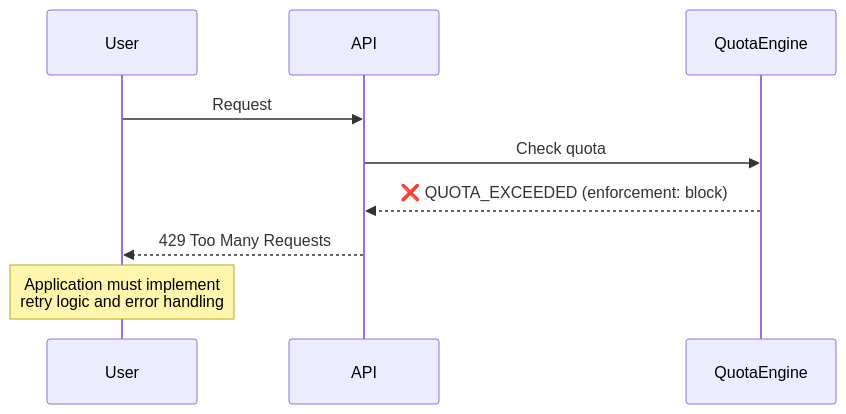
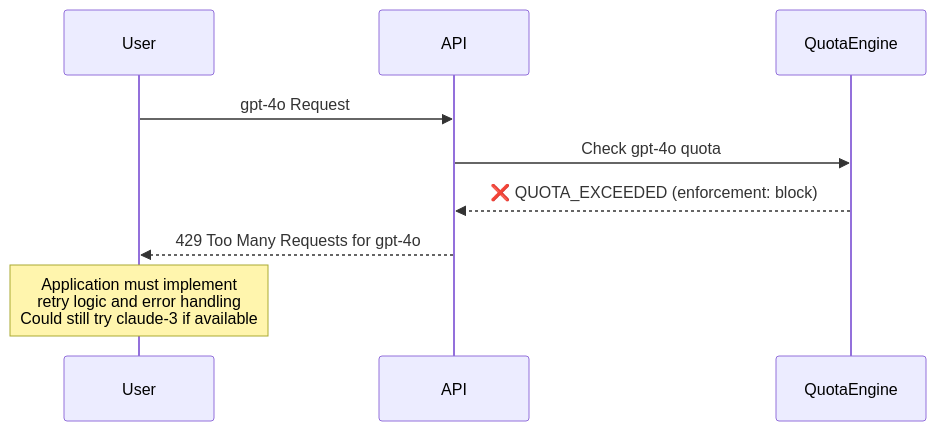
The fourth of 5 diagrams in docs/proposals/maas-entity-architecture.md (noyitz/maas-billing), drawn with Mermaid before and after one commit. The commit also changed other lines of this file, not shown here.

First line of the commit message:
refactor: update MaaS Entity Architecture to a token-based hierarchical model

````diff
--- a/docs/proposals/maas-entity-architecture.md
+++ b/docs/proposals/maas-entity-architecture.md
@@ -669,13 +680,13 @@
 ```mermaid
 sequenceDiagram
     participant User
     participant API
     participant QuotaEngine
     
-    User->>API: Request #11 (limit: 10/min)
-    API->>QuotaEngine: Check quota
+    User->>API: gpt-4o Request #11 (limit: 10 req/min)
+    API->>QuotaEngine: Check gpt-4o quota
     QuotaEngine-->>API: ❌ QUOTA_EXCEEDED (enforcement: block)
-    API-->>User: 429 Too Many Requests
+    API-->>User: 429 Too Many Requests for gpt-4o
     
-    Note over User: Application must implement<br/>retry logic and error handling
+    Note over User: Application must implement<br/>retry logic and error handling<br/>Could still try claude-3 if available
 ```
````
